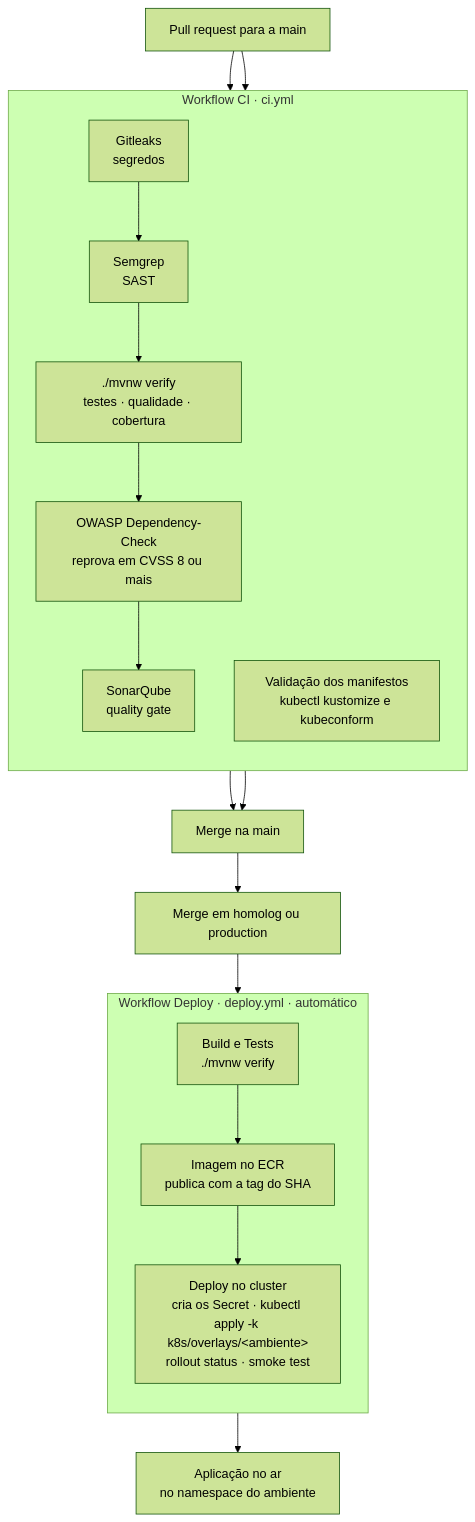
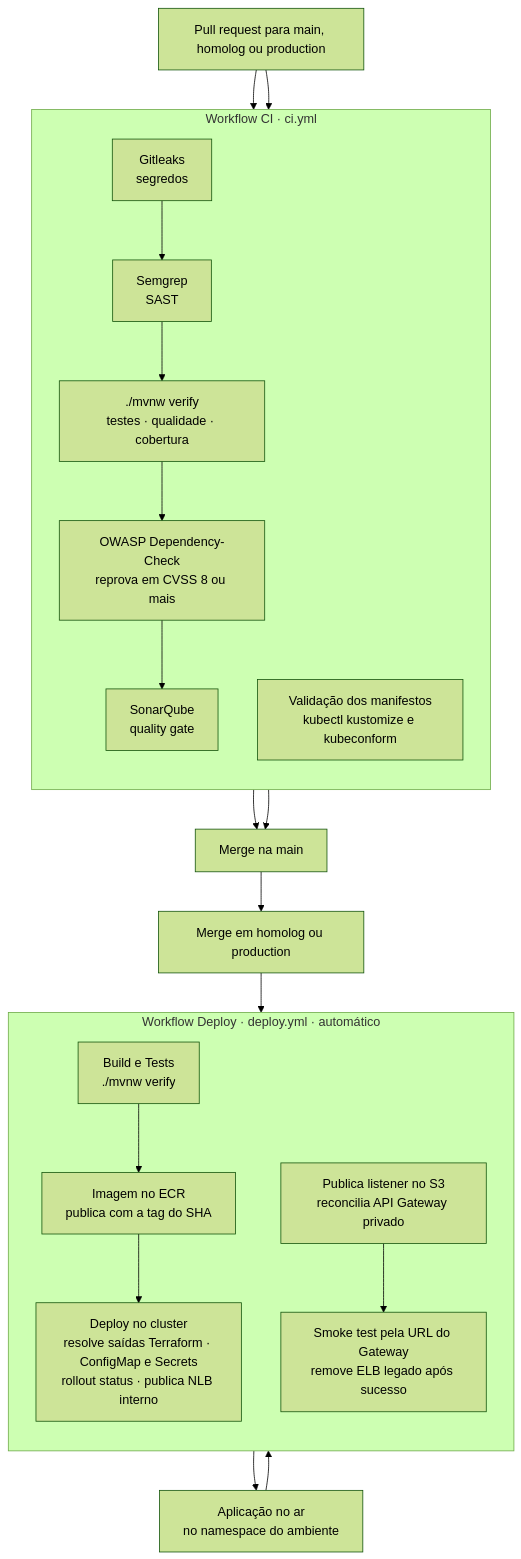
The third of 3 diagrams in README.md (15SOAT-JVGG/oficina-app), drawn with Mermaid (forest theme) before and after one commit. The commit also changed other lines of this file and 19 other files, not shown here.

Commit message:
feat: route public traffic through API Gateway

````diff
--- a/README.md
+++ b/README.md
@@ -172,33 +177,35 @@
 ```mermaid
 flowchart TB
-    pr["Pull request para a main"]
+    pr["Pull request para main, homolog ou production"]
 
     subgraph ci["Workflow CI · ci.yml"]
         direction TB
         gitleaks["Gitleaks<br/>segredos"]
         semgrep["Semgrep<br/>SAST"]
         verify["./mvnw verify<br/>testes · qualidade · cobertura"]
         owasp["OWASP Dependency-Check<br/>reprova em CVSS 8 ou mais"]
         sonar["SonarQube<br/>quality gate"]
         manifests["Validação dos manifestos<br/>kubectl kustomize e kubeconform"]
     end
 
     main["Merge na main"]
     promo["Merge em homolog ou production"]
 
     subgraph deploy["Workflow Deploy · deploy.yml · automático"]
         direction TB
         dbuild["Build e Tests<br/>./mvnw verify"]
         dimage["Imagem no ECR<br/>publica com a tag do SHA"]
-        dapply["Deploy no cluster<br/>cria os Secret · kubectl apply -k k8s/overlays/&lt;ambiente&gt;<br/>rollout status · smoke test"]
+        dapply["Deploy no cluster<br/>resolve saídas Terraform · ConfigMap e Secrets<br/>rollout status · publica NLB interno"]
+        gateway["Publica listener no S3<br/>reconcilia API Gateway privado"]
+        smoke["Smoke test pela URL do Gateway<br/>remove ELB legado após sucesso"]
     end
 
     cluster["Aplicação no ar<br/>no namespace do ambiente"]
 
     pr --> gitleaks --> semgrep --> verify --> owasp --> sonar
     pr --> manifests
     sonar --> main
     manifests --> main
     main --> promo
-    promo --> dbuild --> dimage --> dapply --> cluster
+    promo --> dbuild --> dimage --> dapply --> cluster --> gateway --> smoke
 ```
````
